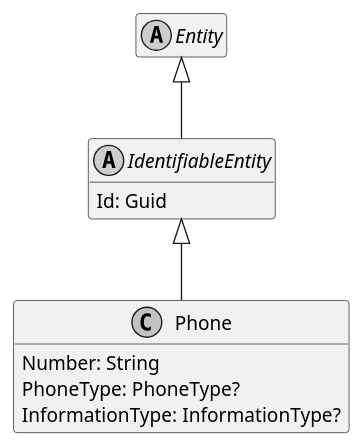
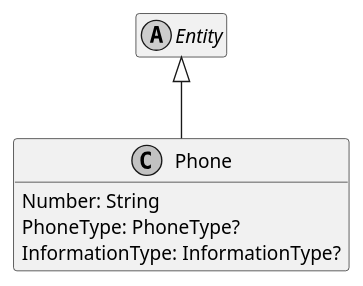
The diagram in Documentation/Generated/Entities/DoofesZeug.Entities.ManMade.Communication/Phone.puml (ObiWanLansi/DoofesZeug), drawn with PlantUML before and after one commit. The commit also changed 79 other files, not shown here.

```diff
--- a/Documentation/Generated/Entities/DoofesZeug.Entities.ManMade.Communication/Phone.puml
+++ b/Documentation/Generated/Entities/DoofesZeug.Entities.ManMade.Communication/Phone.puml
@@ -1,23 +1,17 @@
 @startuml
 hide empty members
 skinparam monochrome true
 skinparam backgroundcolor transparent
 
 abstract class Entity {
 }
 
-Entity <|-- IdentifiableEntity
-
-abstract class IdentifiableEntity {
-    Id: Guid
-}
-
-IdentifiableEntity <|-- Phone
+Entity <|-- Phone
 
 class Phone {
     Number: String
     PhoneType: PhoneType?
     InformationType: InformationType?
 }
 
 @enduml
```
